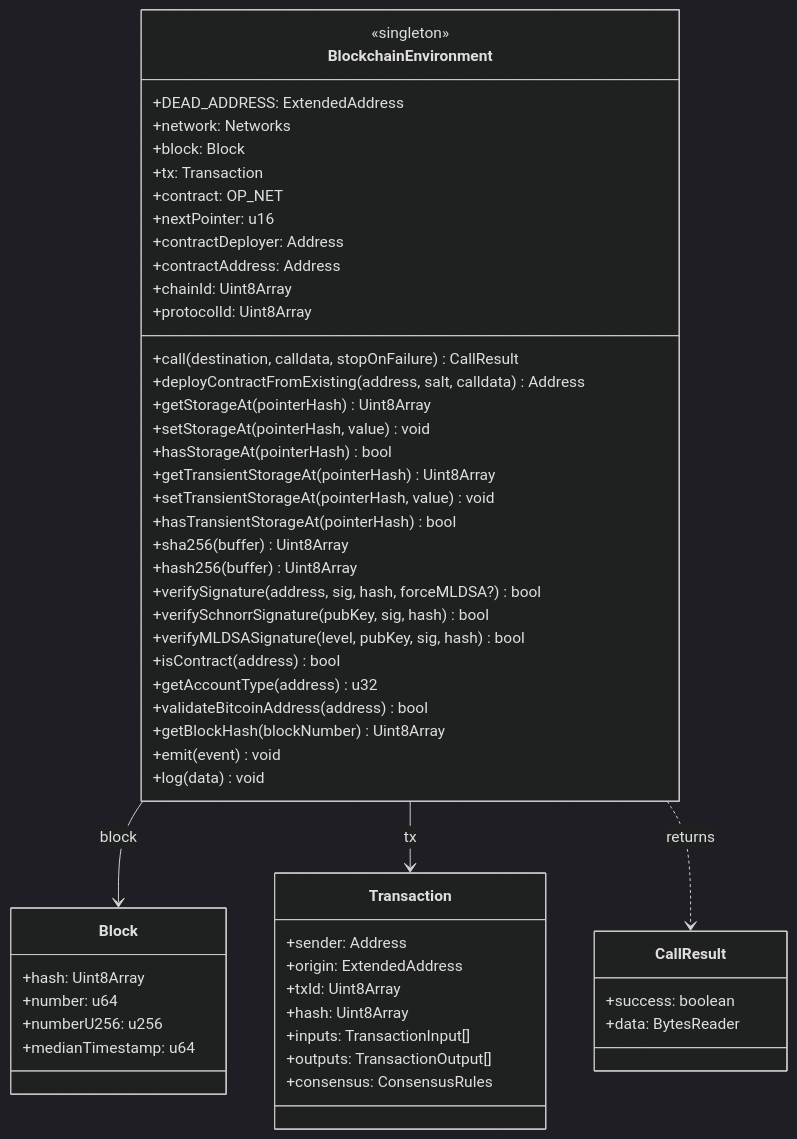
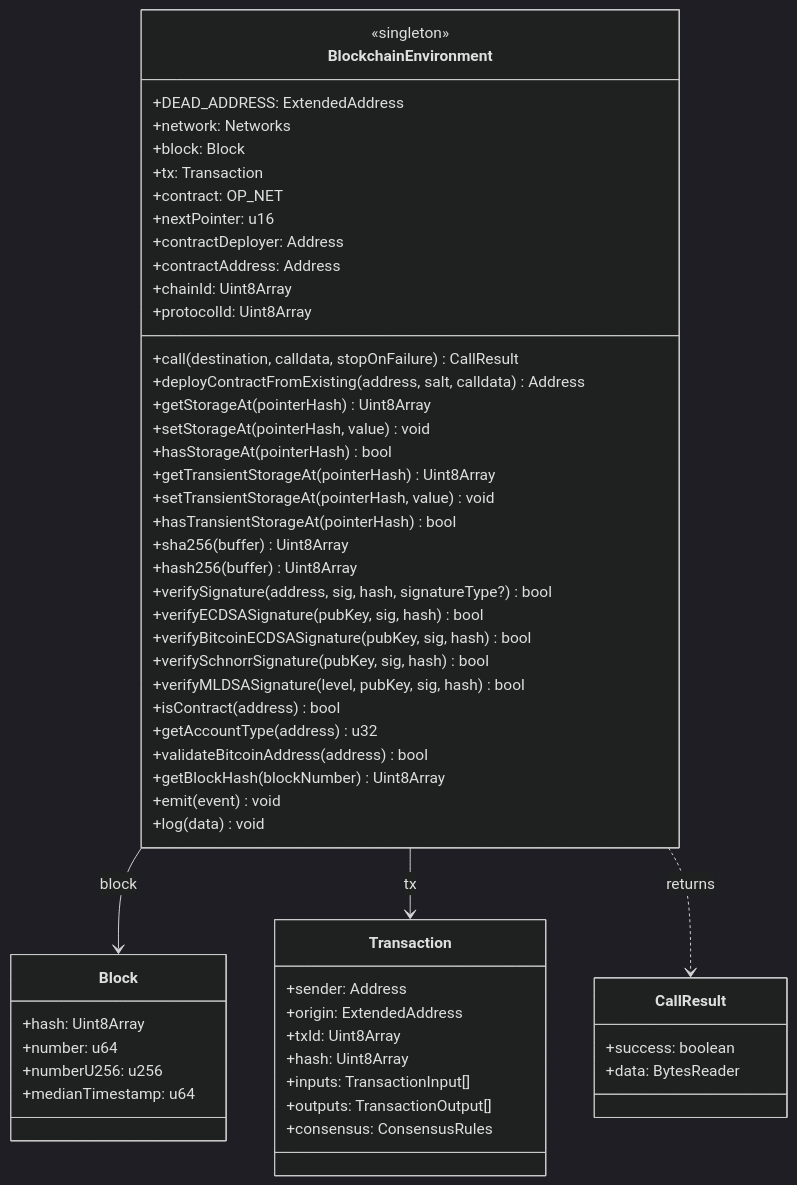
The seventh of 7 diagrams in docs/core-concepts/blockchain-environment.md (btc-vision/btc-runtime), drawn with Mermaid before and after one commit. The commit also changed other lines of this file and 4 other files, not shown here.

````diff
--- a/docs/core-concepts/blockchain-environment.md
+++ b/docs/core-concepts/blockchain-environment.md
@@ -553,65 +598,67 @@
 ```mermaid
 ---
 config:
   theme: dark
 ---
 classDiagram
     class BlockchainEnvironment {
         <<singleton>>
         +DEAD_ADDRESS: ExtendedAddress
         +network: Networks
         +block: Block
         +tx: Transaction
         +contract: OP_NET
         +nextPointer: u16
         +contractDeployer: Address
         +contractAddress: Address
         +chainId: Uint8Array
         +protocolId: Uint8Array
         +call(destination, calldata, stopOnFailure) CallResult
         +deployContractFromExisting(address, salt, calldata) Address
         +getStorageAt(pointerHash) Uint8Array
         +setStorageAt(pointerHash, value) void
         +hasStorageAt(pointerHash) bool
         +getTransientStorageAt(pointerHash) Uint8Array
         +setTransientStorageAt(pointerHash, value) void
         +hasTransientStorageAt(pointerHash) bool
         +sha256(buffer) Uint8Array
         +hash256(buffer) Uint8Array
-        +verifySignature(address, sig, hash, forceMLDSA?) bool
+        +verifySignature(address, sig, hash, signatureType?) bool
+        +verifyECDSASignature(pubKey, sig, hash) bool
+        +verifyBitcoinECDSASignature(pubKey, sig, hash) bool
         +verifySchnorrSignature(pubKey, sig, hash) bool
         +verifyMLDSASignature(level, pubKey, sig, hash) bool
         +isContract(address) bool
         +getAccountType(address) u32
         +validateBitcoinAddress(address) bool
         +getBlockHash(blockNumber) Uint8Array
         +emit(event) void
         +log(data) void
     }
 
     class Block {
         +hash: Uint8Array
         +number: u64
         +numberU256: u256
         +medianTimestamp: u64
     }
 
     class Transaction {
         +sender: Address
         +origin: ExtendedAddress
         +txId: Uint8Array
         +hash: Uint8Array
         +inputs: TransactionInput[]
         +outputs: TransactionOutput[]
         +consensus: ConsensusRules
     }
 
     class CallResult {
         +success: boolean
         +data: BytesReader
     }
 
     BlockchainEnvironment --> Block: block
     BlockchainEnvironment --> Transaction: tx
     BlockchainEnvironment ..> CallResult: returns
 ```
````
